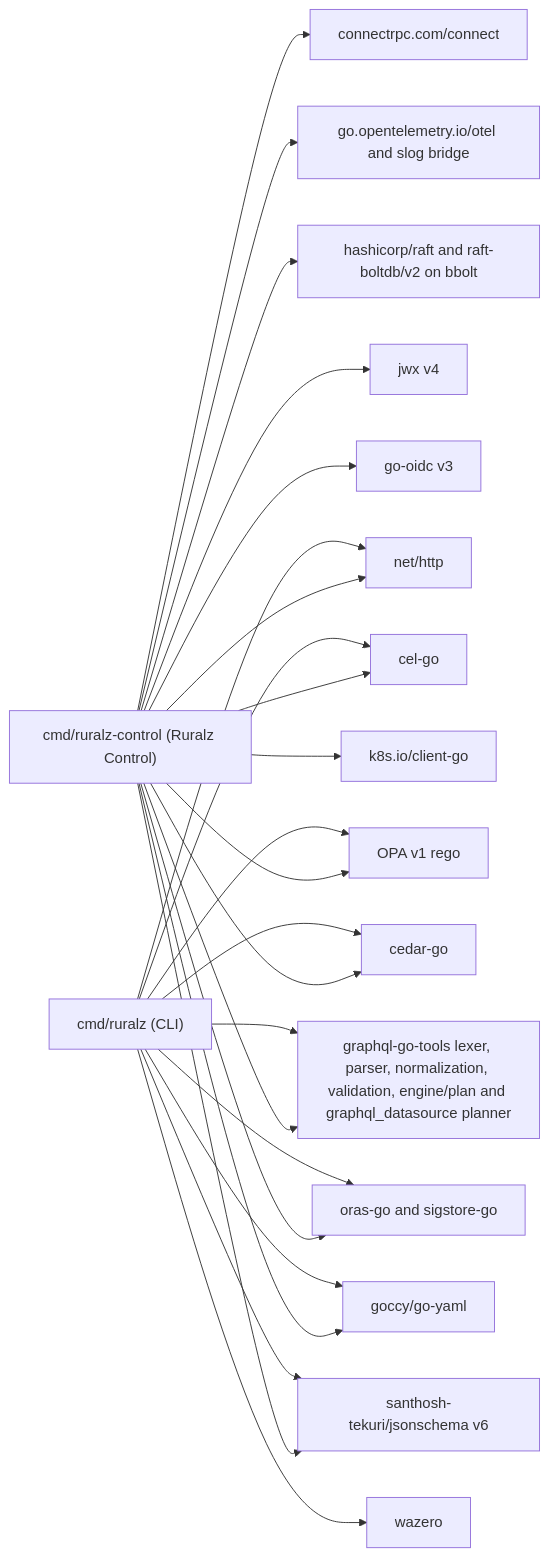
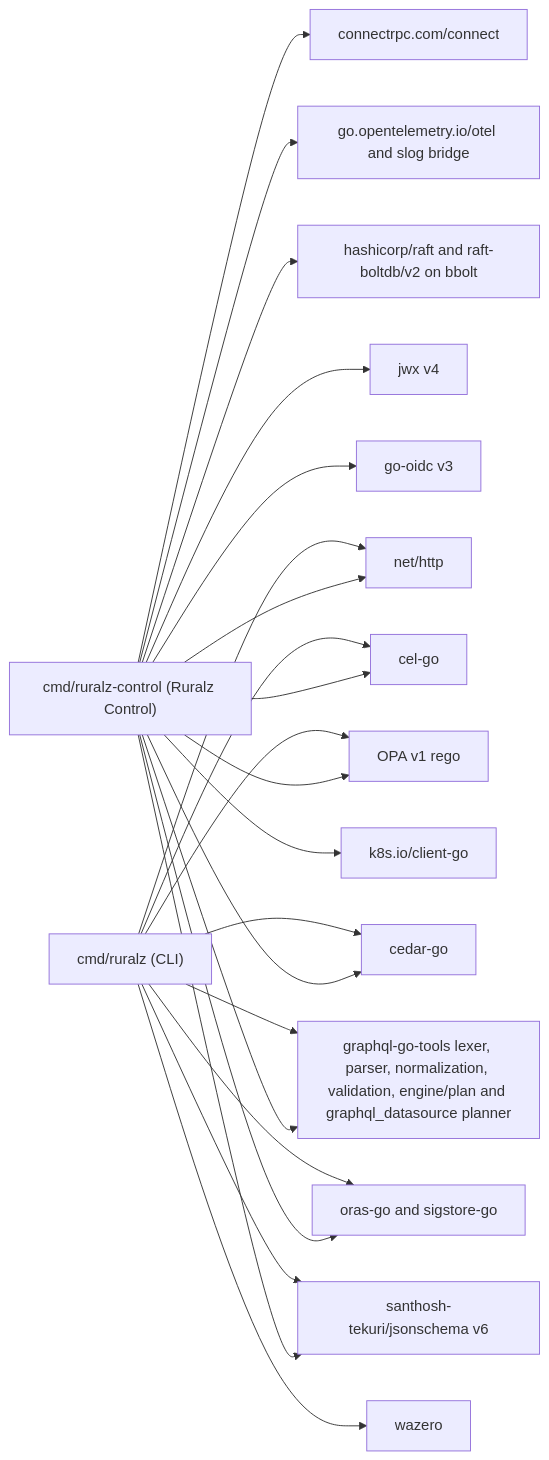
The second of 3 diagrams in docs/engineering/01-tech-stack-and-libraries.md (ravindu-rev/ruralz), drawn with Mermaid before and after one commit. The commit also changed other lines of this file and 5552 other files, not shown here.

````diff
--- a/docs/engineering/01-tech-stack-and-libraries.md
+++ b/docs/engineering/01-tech-stack-and-libraries.md
@@ -175,43 +161,40 @@
 ```mermaid
 flowchart LR
   cp["cmd/ruralz-control (Ruralz Control)"]
   cli["cmd/ruralz (CLI)"]
   http["net/http"]
   connect["connectrpc.com/connect"]
   otel["go.opentelemetry.io/otel and slog bridge"]
   raft["hashicorp/raft and raft-boltdb/v2 on bbolt"]
   jwx["jwx v4"]
   oidc["go-oidc v3"]
   cel["cel-go"]
   opa["OPA v1 rego"]
   cedar["cedar-go"]
   gqlv["graphql-go-tools lexer, parser, normalization, validation, engine/plan and graphql_datasource planner"]
   wazero["wazero"]
   oras["oras-go and sigstore-go"]
   k8s["k8s.io/client-go"]
-  yaml["goccy/go-yaml"]
   jss["santhosh-tekuri/jsonschema v6"]
   cp --> http
   cp --> connect
   cp --> otel
   cp --> raft
   cp --> jwx
   cp --> oidc
   cp --> cel
   cp --> opa
   cp --> cedar
   cp --> gqlv
   cp --> oras
   cp --> k8s
   cli --> http
   cli --> cel
   cli --> opa
   cli --> cedar
   cli --> gqlv
   cli --> wazero
   cli --> oras
-  cp --> yaml
   cp --> jss
-  cli --> yaml
   cli --> jss
 ```
````
